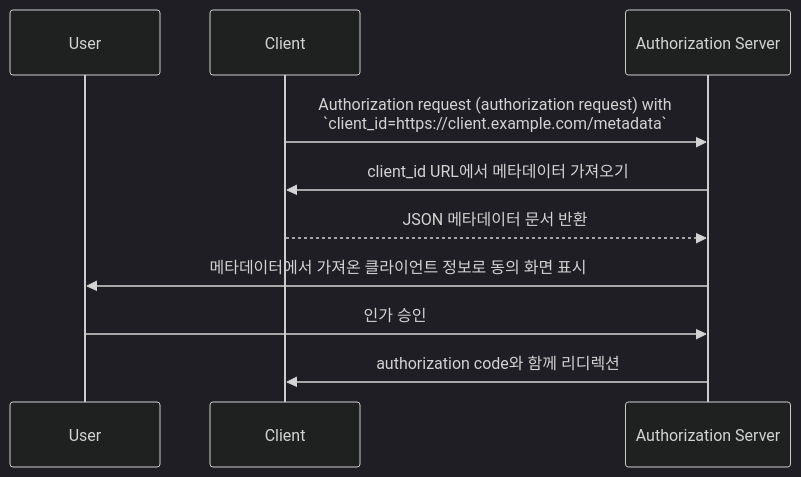
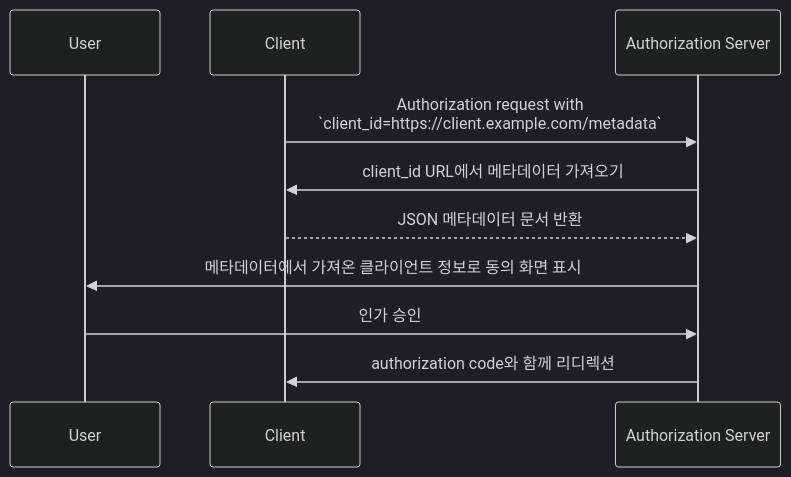
The diagram in src/content/terms/ko/client-id-metadata-document.mdx (logto-io/auth-wiki), drawn with Mermaid (dark theme) before and after one commit. The commit also changed 5 other files, not shown here.

Commit message:
chore: fix mermaid participant references and redundant labels in translations

````diff
--- a/src/content/terms/ko/client-id-metadata-document.mdx
+++ b/src/content/terms/ko/client-id-metadata-document.mdx
@@ -19,13 +19,13 @@
 ```mermaid
 sequenceDiagram
     participant User
     participant Client
     participant AS as Authorization Server
 
-    Client->>AS: Authorization request (authorization request) with<br/>`client_id=https://client.example.com/metadata`
+    Client->>AS: Authorization request with<br/>`client_id=https://client.example.com/metadata`
     AS->>Client: client_id URL에서 메타데이터 가져오기
     Client-->>AS: JSON 메타데이터 문서 반환
     AS->>User: 메타데이터에서 가져온 클라이언트 정보로 동의 화면 표시
     User->>AS: 인가 승인
     AS->>Client: authorization code와 함께 리디렉션
 ```
````
